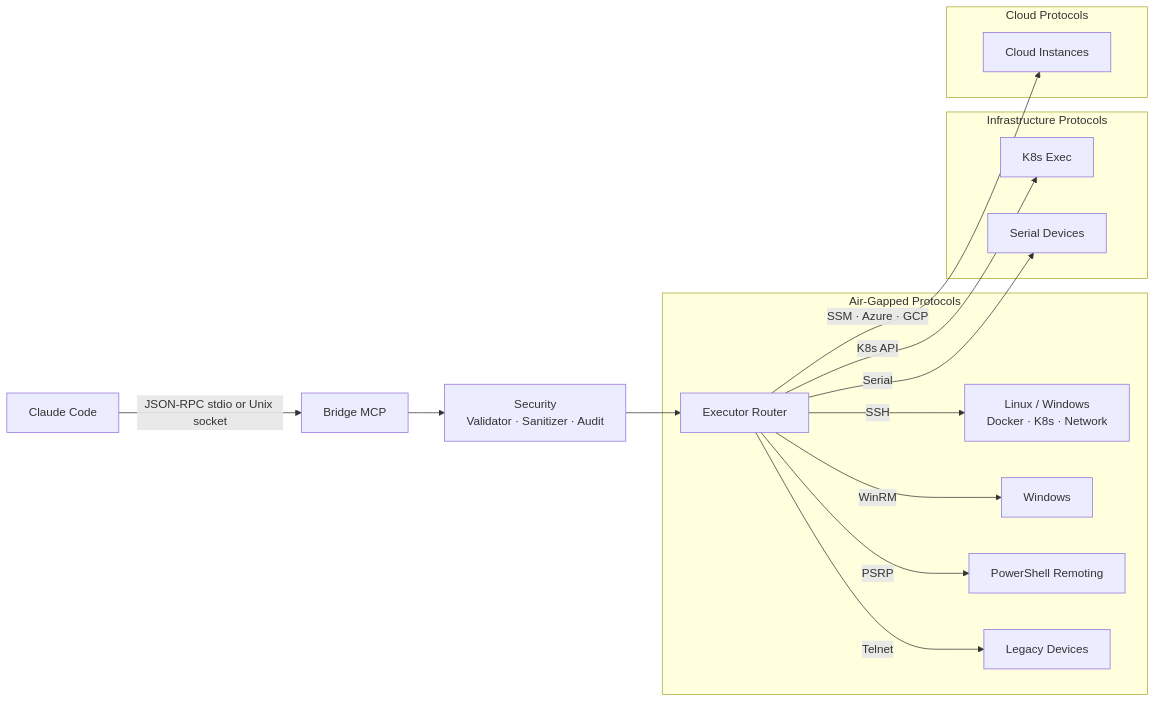
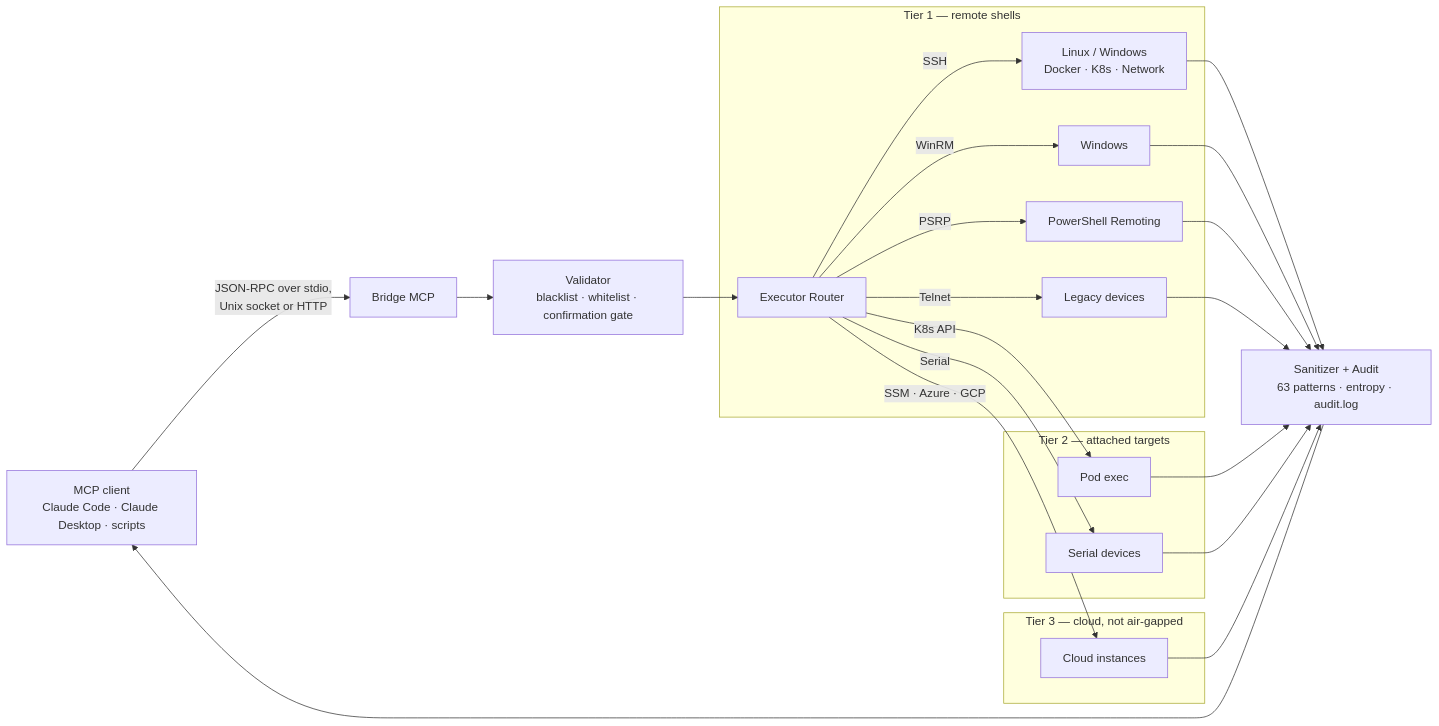
One commit to muchiny/bridge-mcp changed the diagram in README.md. Above: the diagram before and after it, drawn with Mermaid. The commit also changed other lines of this file and 1 other file, not shown here.

First line of the commit message:
docs(readme): five claims the README made that the tree does not

````diff
--- a/README.md
+++ b/README.md
@@ -273,23 +276,27 @@
 ```mermaid
 graph LR
-    CC[Claude Code] -->|JSON-RPC stdio or Unix socket| BR[Bridge MCP]
+    CC[MCP client<br/>Claude Code · Claude Desktop · scripts]
+    CC -->|JSON-RPC over stdio,<br/>Unix socket or HTTP| BR[Bridge MCP]
 
-    BR --> SEC[Security<br/>Validator · Sanitizer · Audit]
-    SEC --> ER[Executor Router]
+    BR --> VAL[Validator<br/>blacklist · whitelist · confirmation gate]
+    VAL --> ER[Executor Router]
 
-    subgraph "Air-Gapped Protocols"
-        ER -->|SSH| P1[Linux / Windows<br/>Docker · K8s · Network]
-        ER -->|WinRM| P2[Windows]
-        ER -->|PSRP| P2b[PowerShell Remoting]
-        ER -->|Telnet| P3[Legacy Devices]
+    subgraph TIER1["Tier 1 — remote shells"]
+        ER -->|SSH| T1A[Linux / Windows<br/>Docker · K8s · Network]
+        ER -->|WinRM| T1B[Windows]
+        ER -->|PSRP| T1C[PowerShell Remoting]
+        ER -->|Telnet| T1D[Legacy devices]
     end
 
-    subgraph "Infrastructure Protocols"
-        ER -->|K8s API| P6[K8s Exec]
-        ER -->|Serial| P7[Serial Devices]
+    subgraph TIER2["Tier 2 — attached targets"]
+        ER -->|K8s API| T2A[Pod exec]
+        ER -->|Serial| T2B[Serial devices]
     end
 
-    subgraph "Cloud Protocols"
-        ER -->|SSM · Azure · GCP| P9[Cloud Instances]
+    subgraph TIER3["Tier 3 — cloud, not air-gapped"]
+        ER -->|SSM · Azure · GCP| T3A[Cloud instances]
     end
+
+    T1A & T1B & T1C & T1D & T2A & T2B & T3A --> SAN[Sanitizer + Audit<br/>63 patterns · entropy · audit.log]
+    SAN --> CC
 ```
````
